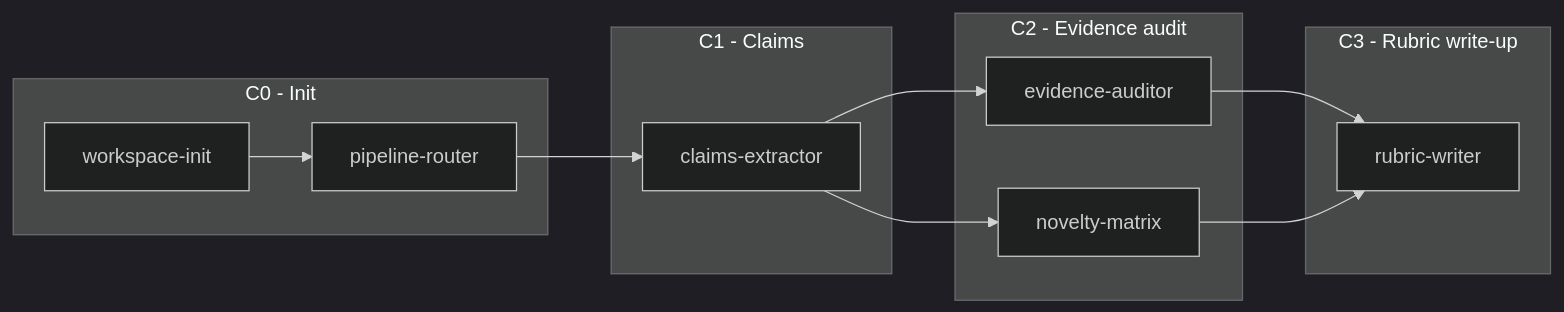
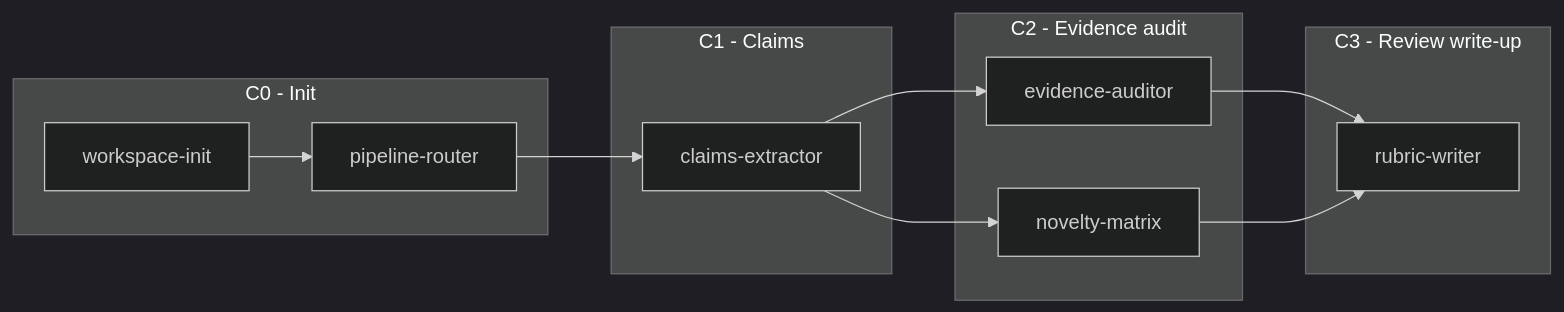
Before and after one commit to songjinghe/research-units-pipeline-skills: the sixth of 6 diagrams in docs/PIPELINE_FLOWS.md, drawn with Mermaid (dark theme). The commit also changed other lines of this file and 27 other files, not shown here.

````diff
--- a/docs/PIPELINE_FLOWS.md
+++ b/docs/PIPELINE_FLOWS.md
@@ -290,23 +290,23 @@
 ```mermaid
 flowchart LR
   subgraph "C0 - Init"
     WS[workspace-init]
     PR0[pipeline-router]
   end
 
   subgraph "C1 - Claims"
     CE[claims-extractor]
   end
 
   subgraph "C2 - Evidence audit"
     EA[evidence-auditor]
     NM[novelty-matrix]
   end
 
-  subgraph "C3 - Rubric write-up"
+  subgraph "C3 - Review write-up"
     RW[rubric-writer]
   end
 
   WS --> PR0 --> CE --> EA --> RW
   CE --> NM --> RW
 ```
````
